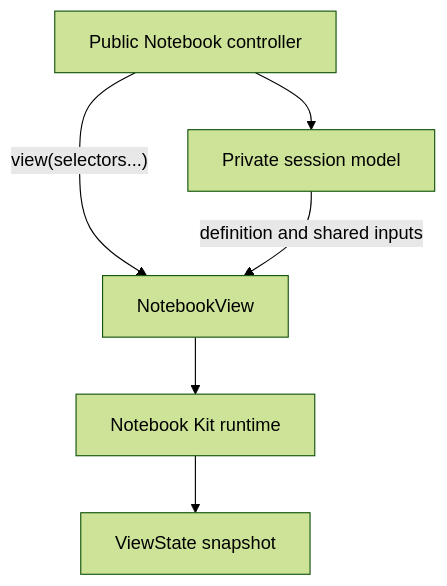
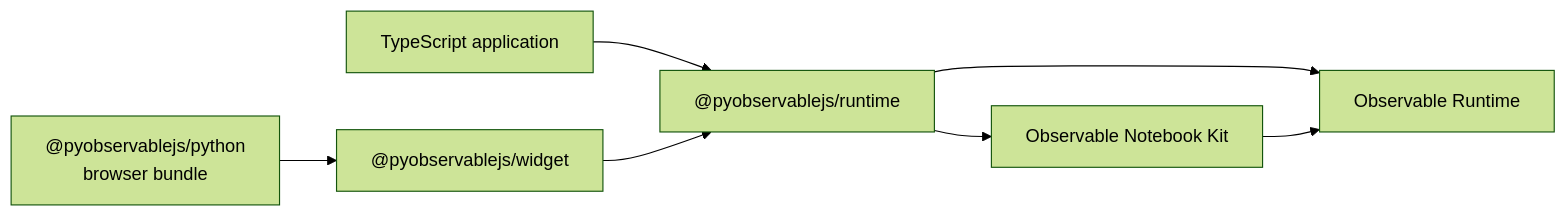
Before and after one commit to peter-gy/pyobservablejs: the diagram in development_docs/architecture.md, drawn with Mermaid (forest theme). The commit also changed other lines of this file and 161 other files, not shown here.

````diff
--- a/development_docs/architecture.md
+++ b/development_docs/architecture.md
@@ -14,8 +13,9 @@
 ```mermaid
-flowchart TB
-  notebook["Public Notebook controller"] --> session["Private session model"]
-  notebook -->|"view(selectors...)"| view["NotebookView"]
-  session -->|"definition and shared inputs"| view
-  view --> runtime["Notebook Kit runtime"]
-  runtime --> state["ViewState snapshot"]
+flowchart LR
+  app["TypeScript application"] --> runtime["@pyobservablejs/runtime"]
+  python["@pyobservablejs/python<br/>browser bundle"] --> widget["@pyobservablejs/widget"]
+  widget --> runtime
+  runtime --> kit["Observable Notebook Kit"]
+  runtime --> observable["Observable Runtime"]
+  kit --> observable
 ```
````
